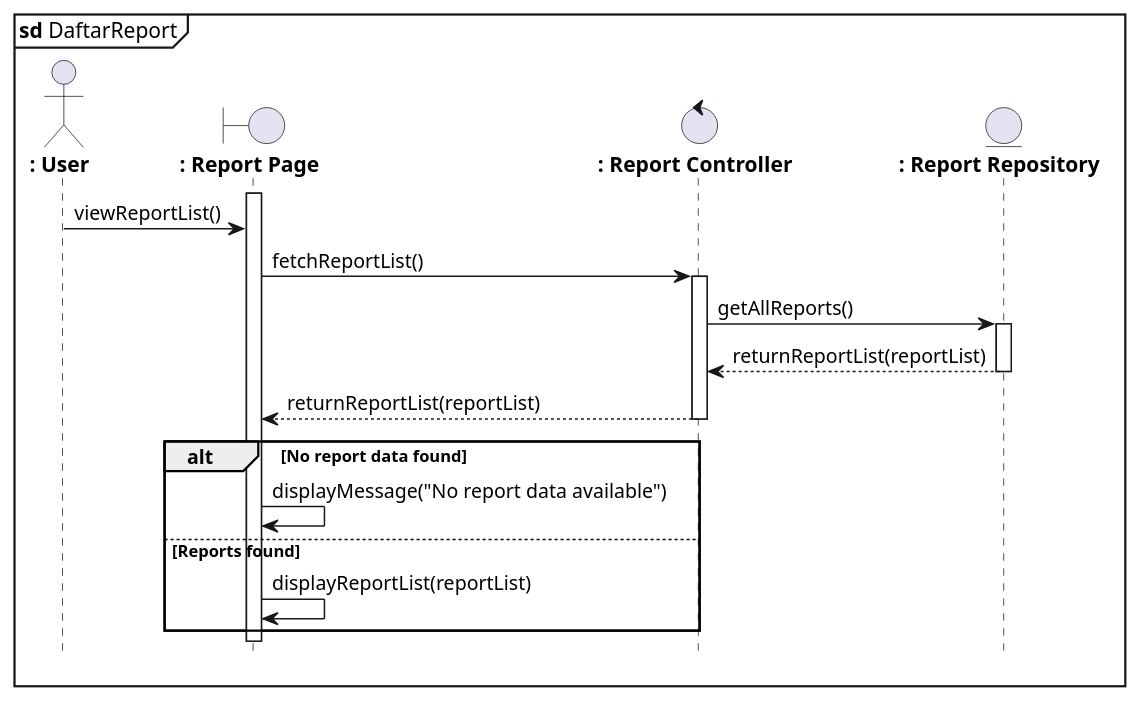
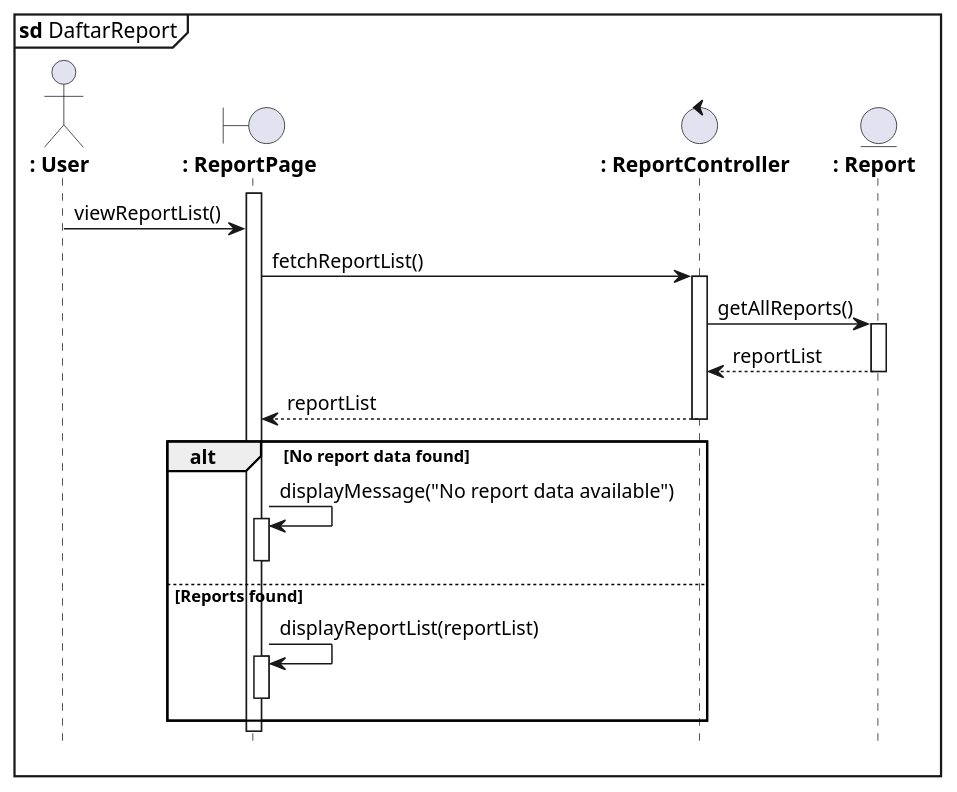
The diagram in daftar_report.puml (azrappp/learning_uml2.0_pmul), drawn with PlantUML before and after one commit. The commit also changed 24 other files, not shown here.

```diff
--- a/daftar_report.puml
+++ b/daftar_report.puml
@@ -1,31 +1,35 @@
 @startuml
 mainframe **sd** DaftarReport
 hide footbox
 
 actor "**: User**" as User
-boundary "**: Report Page**" as ReportPage
-control "**: Report Controller**" as ReportController
-entity "**: Report Repository**" as ReportRepository
+boundary "**: ReportPage**" as ReportPage
+control "**: ReportController**" as ReportController
+entity "**: Report**" as ReportRepository
 
 activate ReportPage
 
 User -> ReportPage : viewReportList()
 ReportPage -> ReportController : fetchReportList()
 activate ReportController
 
 ReportController -> ReportRepository : getAllReports()
 activate ReportRepository
-ReportRepository --> ReportController : returnReportList(reportList)
+ReportRepository --> ReportController : reportList
 deactivate ReportRepository
 
-ReportController --> ReportPage : returnReportList(reportList)
+ReportController --> ReportPage : reportList
 deactivate ReportController
 
 alt No report data found
     ReportPage -> ReportPage : displayMessage("No report data available")
+    activate ReportPage
+    deactivate ReportPage
 else Reports found
     ReportPage -> ReportPage : displayReportList(reportList)
+    activate ReportPage
+    deactivate ReportPage
 end
 
 deactivate ReportPage
 @enduml
```
